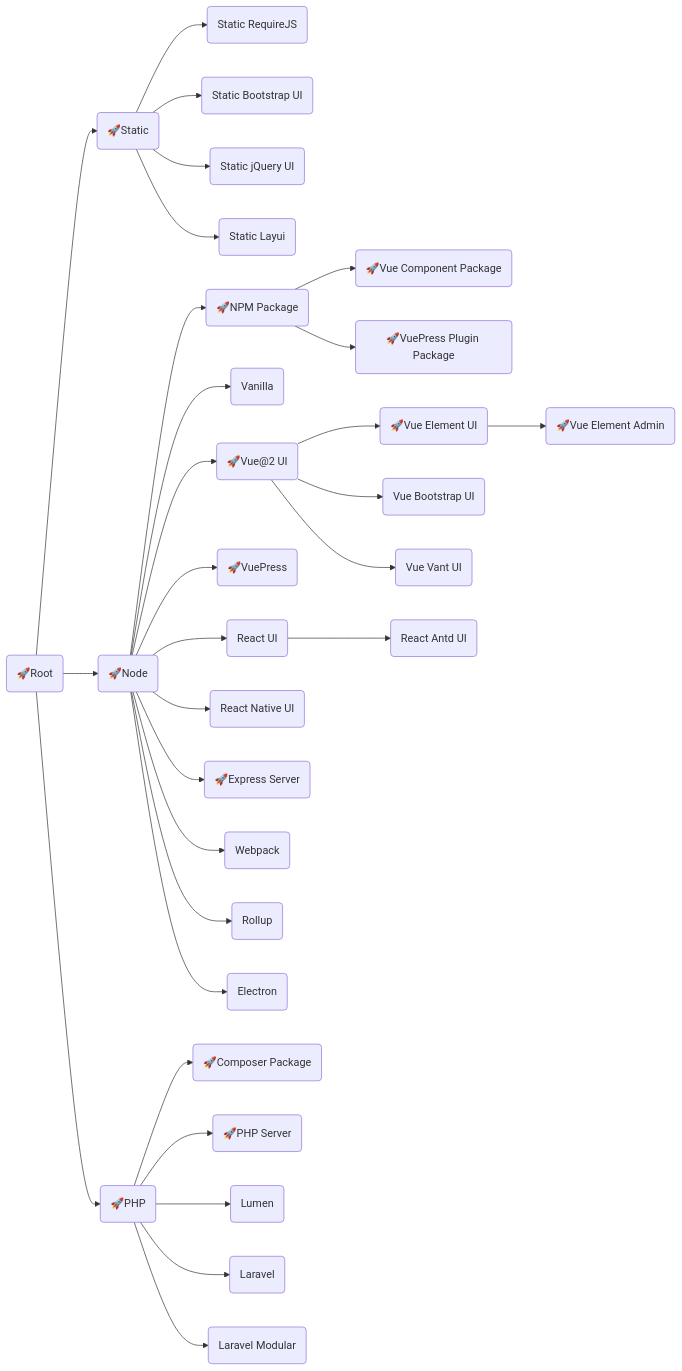
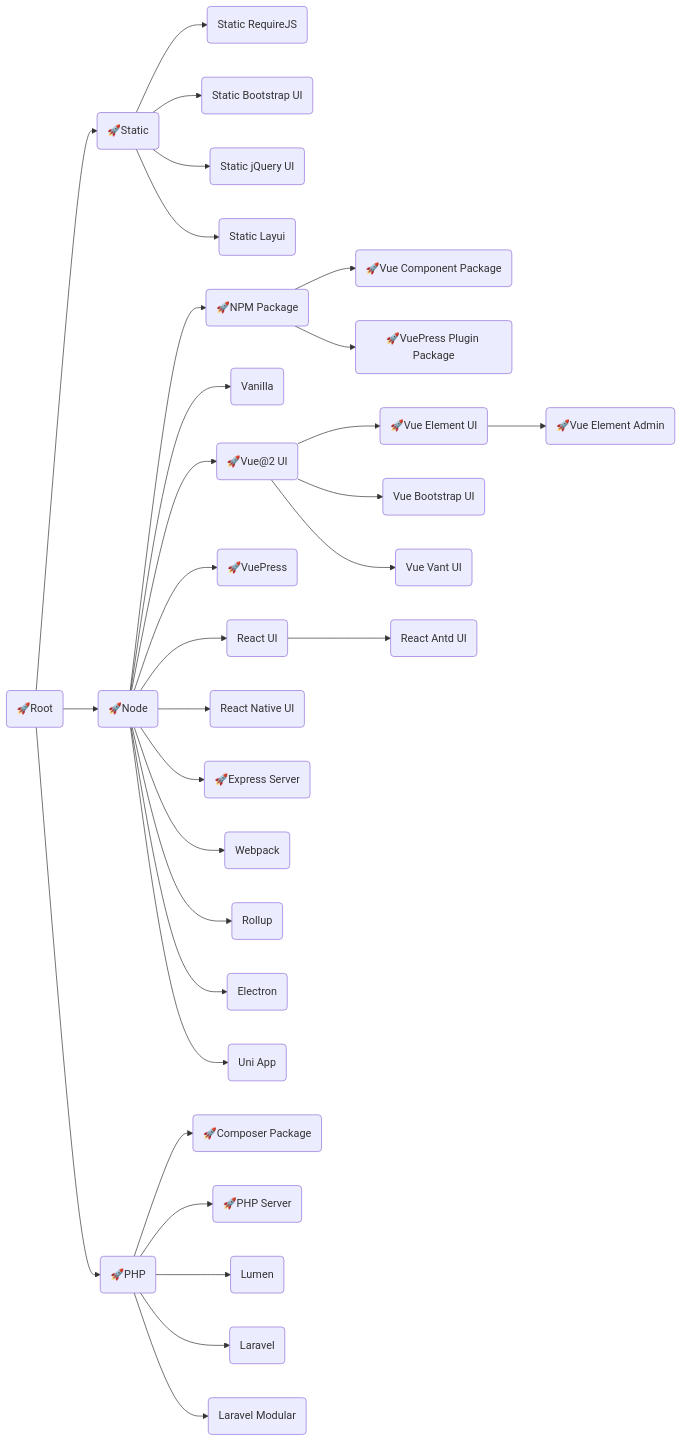
The diagram in profile/README.md (langnang-templates/.github), drawn with Mermaid before and after one commit.

````diff
--- a/profile/README.md
+++ b/profile/README.md
@@ -1,49 +1,50 @@
 ```mermaid
 flowchart LR
 Root("🚀Root")
 	click Root "https://github.com/langnang-temp/root" _blank
 
 Root-->Static("🚀Static")
 	click Static "https://github.com/langnang-temp/static" _blank
 	Static-->Static_RequireJS("Static RequireJS")
 	Static-->Static_Bootstrap_UI("Static Bootstrap UI")
 	Static-->Static_jQuery_UI("Static jQuery UI")
 	Static-->Static_Layui("Static Layui")
 Root-->Node("🚀Node")
 	click Node "https://github.com/langnang-temp/node" _blank
 	Node-->NPM_Package("🚀NPM Package")
 		click NPM_Package "https://github.com/langnang-temp/npm-package" _blank
 		NPM_Package-->Vue2_UI_Package("🚀Vue Component Package")
 			click Vue2_UI_Package "https://github.com/langnang-temp/vue-ui-package" _blank
 		NPM_Package-->VuePress_Plugin_Package("🚀VuePress Plugin Package")
 			click VuePress_Plugin_Package "https://github.com/langnang-temp/vuepress-plugin-package" _blank
 	Node-->Vanilla("Vanilla")
 	Node-->Vue2_UI("🚀Vue@2 UI")
 		click Vue2_UI "https://github.com/langnang-temp/vue-ui" _blank
 		Vue2_UI-->Vue_Element_UI("🚀Vue Element UI")
 			click Vue_Element_UI "https://github.com/langnang-temp/vue-element-ui" _blank
 			Vue_Element_UI-->Vue_Element_Admin("🚀Vue Element Admin")
 				click Vue_Element_Admin "https://github.com/langnang-temp/vue-element-admin/actions" _blank
 		Vue2_UI-->Vue_Bootstrap_UI("Vue Bootstrap UI")
 		Vue2_UI-->Vue_Vant_UI("Vue Vant UI")
 	Node-->VuePress("🚀VuePress")
 		click VuePress "https://github.com/langnang-temp/vuepress" _blank
 	Node-->React_UI("React UI")
 		React_UI-->React_Antd_UI("React Antd UI")
 	Node-->React_Native_UI("React Native UI")
 	Node-->Express_Server("🚀Express Server")
 		click Express_Server "https://github.com/langnang-temp/express-server" _blank
 	Node-->Webpack("Webpack")
 	Node-->Rollup("Rollup")
 	Node-->Electron("Electron")
+	Node-->Uni_App("Uni App")
 
 Root-->PHP("🚀PHP")
 	click PHP "https://github.com/langnang-temp/php" _blank
 	PHP-->Composer_Package("🚀Composer Package")
 	click Composer_Package "https://github.com/langnang-temp/composer-package" _blank
 	PHP-->PHP_Server("🚀PHP Server")
 		click PHP_Server "https://github.com/langnang-temp/php-server" _blank
 	PHP-->Lumen("Lumen")
 	PHP-->Laravel("Laravel")
 	PHP-->Laravel_Modular("Laravel Modular")
 ```
````
